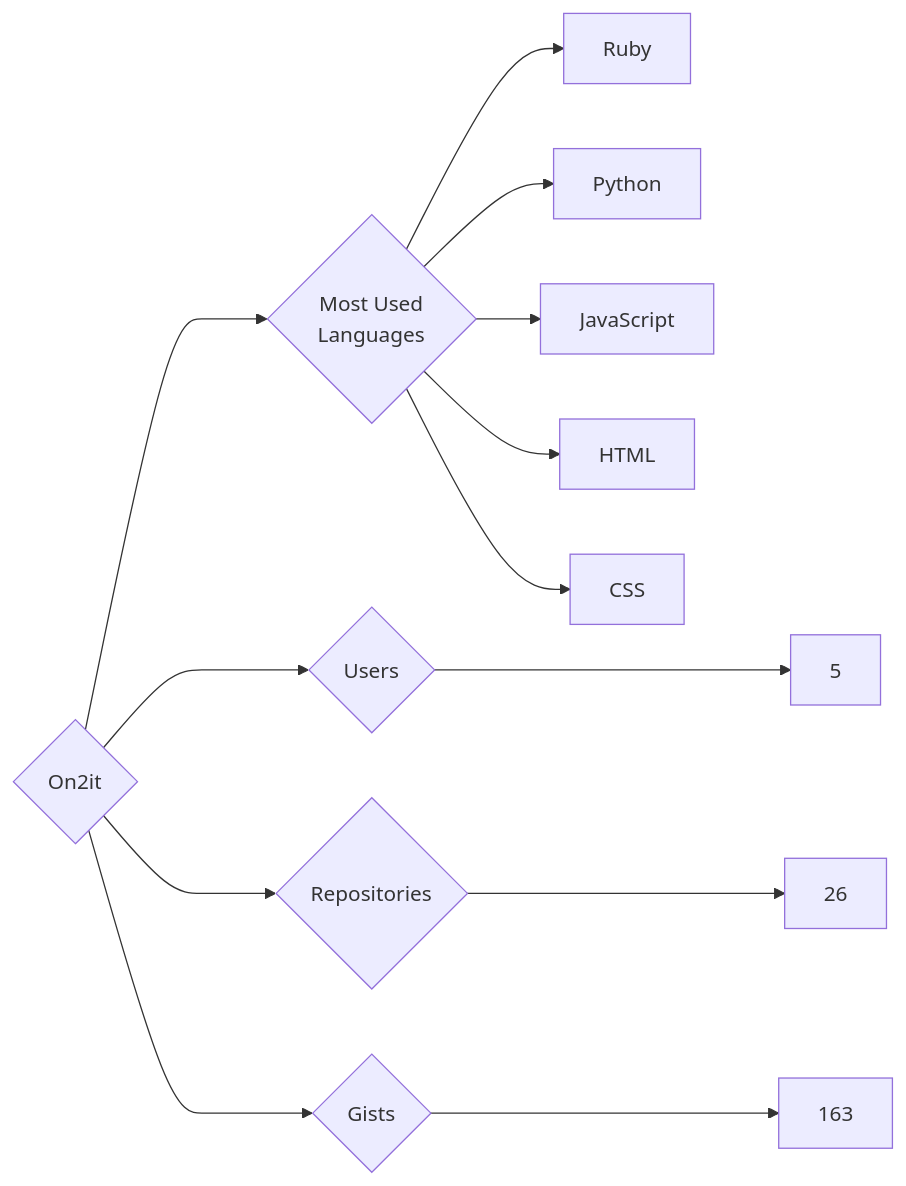
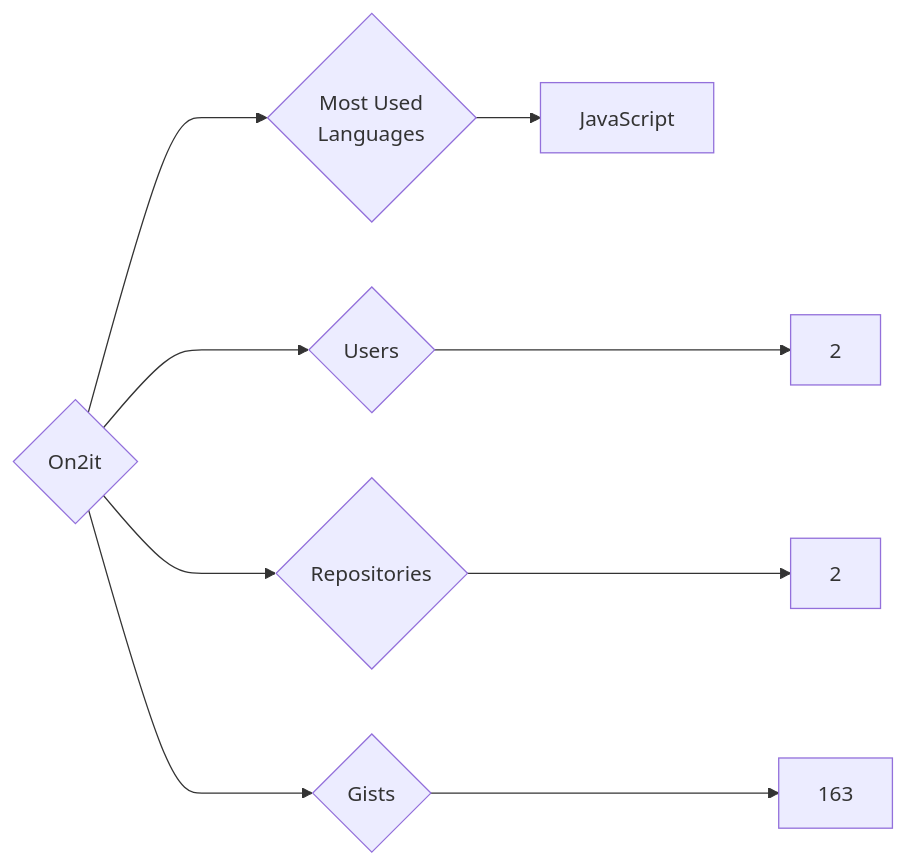
Before and after one commit to trickest/insiders: the diagram in targets/On2it/README.md, drawn with Mermaid. The commit also changed 995 other files, not shown here.

````diff
--- a/targets/On2it/README.md
+++ b/targets/On2it/README.md
@@ -3,13 +3,9 @@
 ```mermaid
 graph LR
 COMPANY_NAME{On2it}
-COMPANY_NAME ---> U{Users} ---> UN[5]
-COMPANY_NAME ---> R{Repositories} ---> RN[26]
+COMPANY_NAME ---> U{Users} ---> UN[2]
+COMPANY_NAME ---> R{Repositories} ---> RN[2]
 COMPANY_NAME ---> G{Gists} ---> GN[163]
 COMPANY_NAME ---> ML{Most Used<br>Languages}
-ML --> Ruby[Ruby]
-ML --> Python[Python]
 ML --> JavaScript[JavaScript]
-ML --> HTML[HTML]
-ML --> CSS[CSS]
 ```
````
